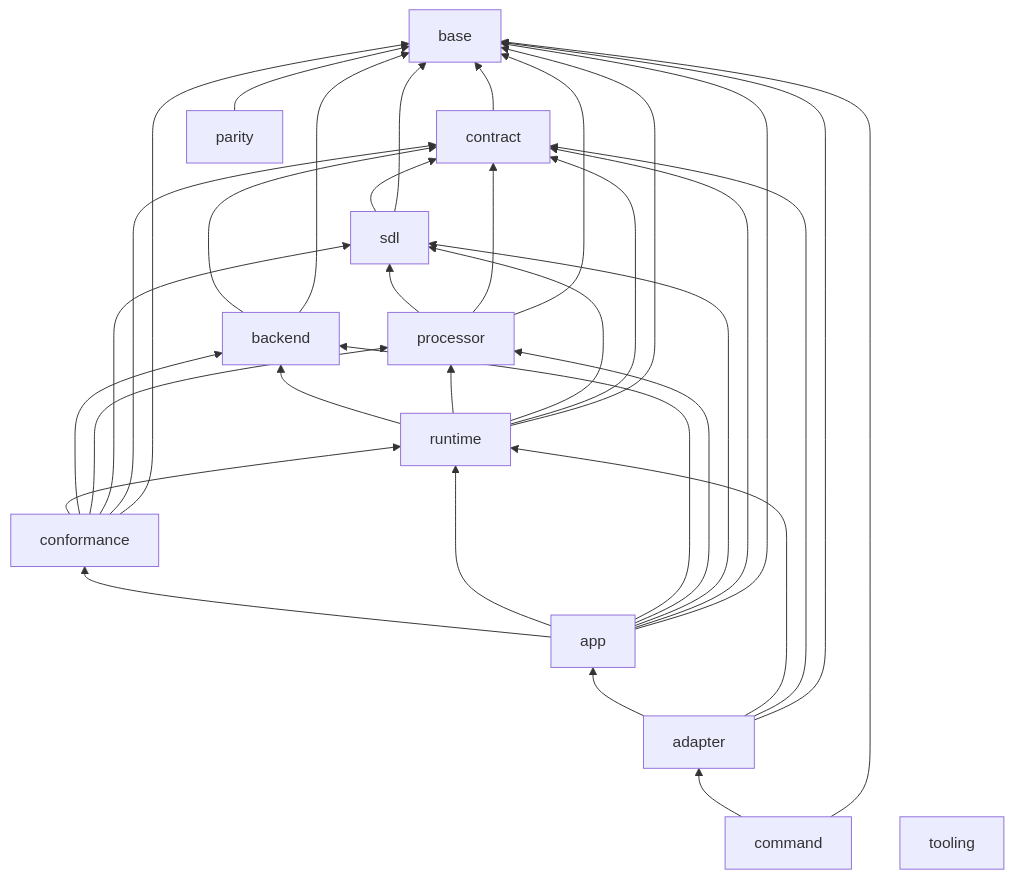
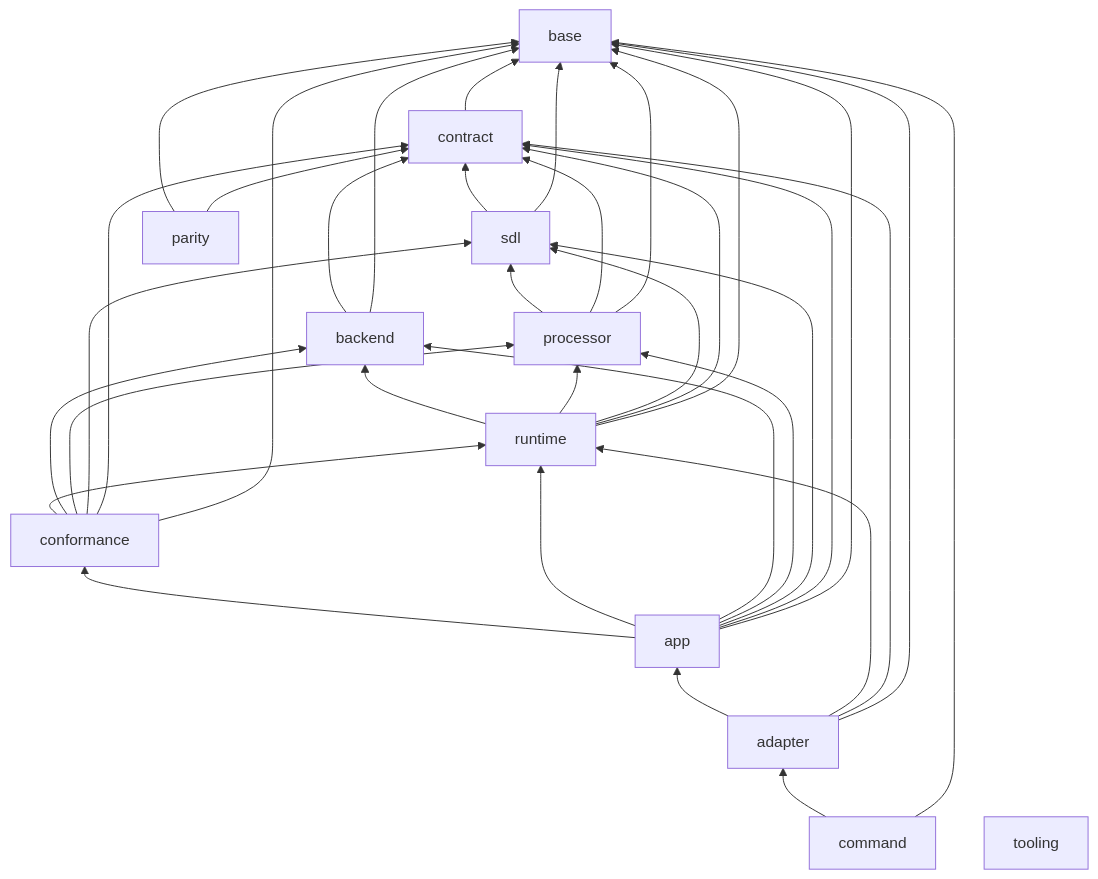
The third of 3 diagrams in docs/develop/go-architecture.md (OpenRAE/rae), drawn with Mermaid before and after one commit. The commit also changed other lines of this file and 14590 other files, not shown here.

First line of the commit message:
feat(contract): add schema bindings and complete validation (#1882)

````diff
--- a/docs/develop/go-architecture.md
+++ b/docs/develop/go-architecture.md
@@ -168,48 +173,49 @@
 ```mermaid
 flowchart BT
     L0["base"]
     L1["contract"]
     L1 --> L0
     L2["sdl"]
     L2 --> L1
     L2 --> L0
     L3["processor"]
     L3 --> L2
     L3 --> L1
     L3 --> L0
     L4["backend"]
     L4 --> L1
     L4 --> L0
     L5["runtime"]
     L5 --> L4
     L5 --> L3
     L5 --> L2
     L5 --> L1
     L5 --> L0
     L6["conformance"]
     L6 --> L5
     L6 --> L4
     L6 --> L3
     L6 --> L2
     L6 --> L1
     L6 --> L0
     L7["app"]
     L7 --> L6
     L7 --> L5
     L7 --> L4
     L7 --> L3
     L7 --> L2
     L7 --> L1
     L7 --> L0
     L8["adapter"]
     L8 --> L7
     L8 --> L5
     L8 --> L1
     L8 --> L0
     L9["command"]
     L9 --> L8
     L9 --> L0
     L10["parity"]
     L10 --> L0
+    L10 --> L1
     L11["tooling"]
 ```
````
